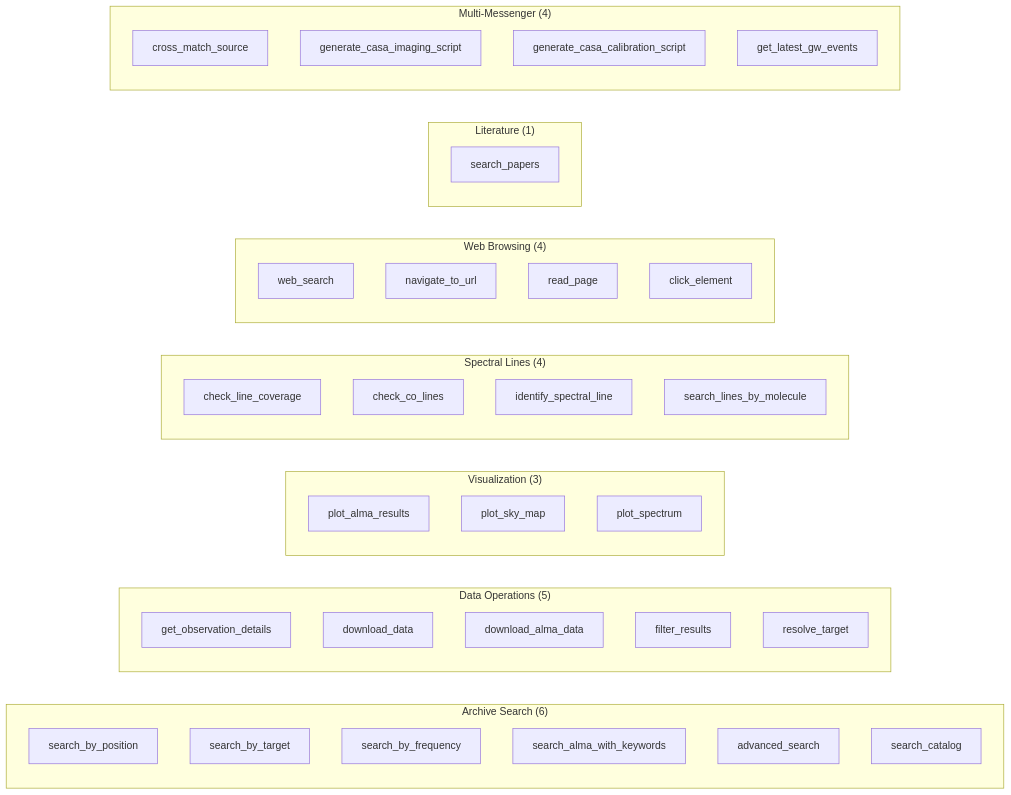
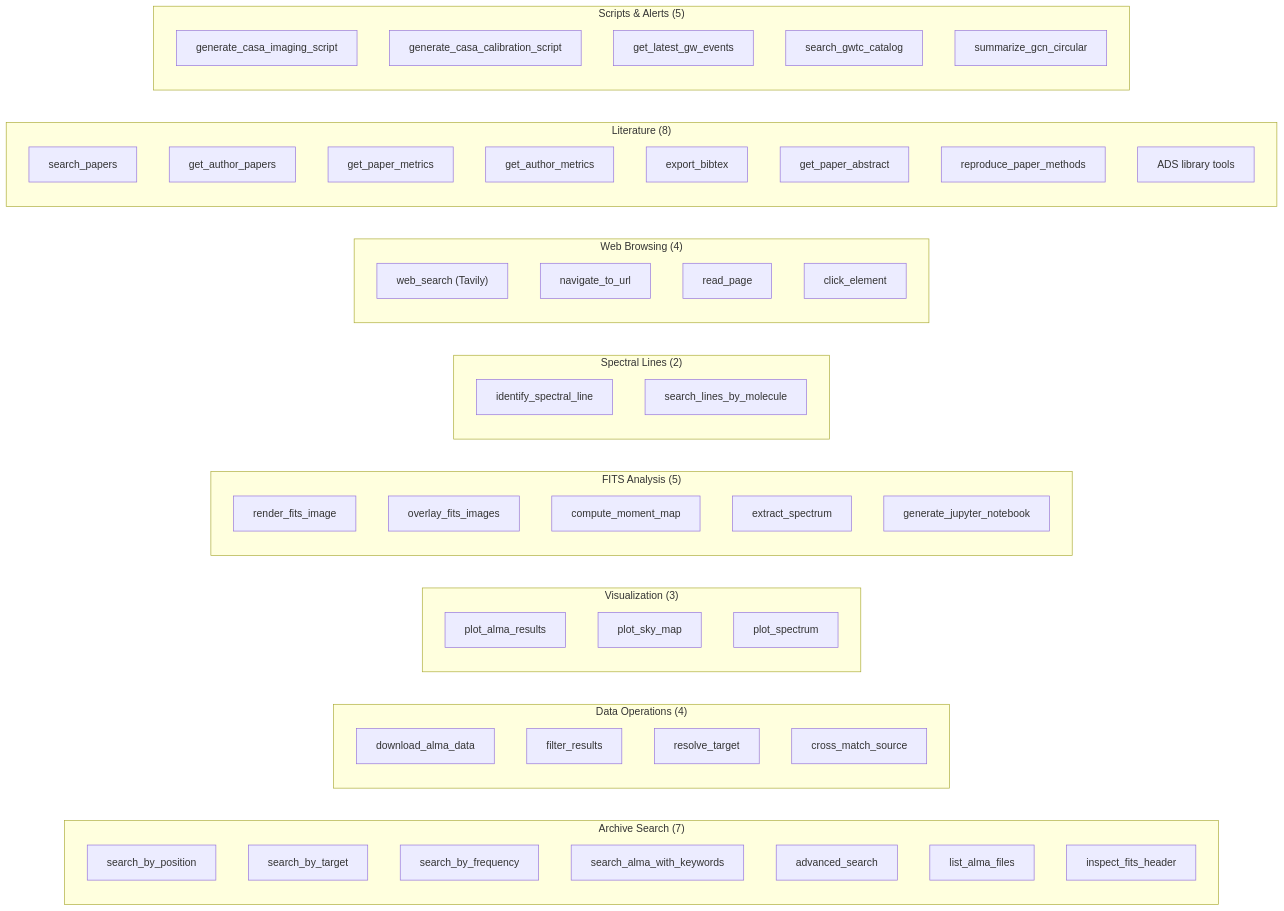
The seventh of 10 diagrams in ARCHITECTURE.md (adamzacharia/Quasar), drawn with Mermaid before and after one commit. The commit also changed other lines of this file and 6 other files, not shown here.

Commit message:
feat: upgrade to Quasar v4.0 with multi-agent architecture, FastAPI backend, and multi-provider LLM support

````diff
--- a/ARCHITECTURE.md
+++ b/ARCHITECTURE.md
@@ -287,50 +461,64 @@
 ```mermaid
 graph LR
-    subgraph Archive["Archive Search (6)"]
+    subgraph Archive["Archive Search (7)"]
         T1["search_by_position"]
         T2["search_by_target"]
         T3["search_by_frequency"]
         T4["search_alma_with_keywords"]
         T5["advanced_search"]
-        T6["search_catalog"]
+        T6["list_alma_files"]
+        T7["inspect_fits_header"]
     end
 
-    subgraph Data["Data Operations (5)"]
-        T7["get_observation_details"]
-        T8["download_data"]
-        T9["download_alma_data"]
-        T10["filter_results"]
-        T11["resolve_target"]
+    subgraph Data["Data Operations (4)"]
+        T8["download_alma_data"]
+        T9["filter_results"]
+        T10["resolve_target"]
+        T11["cross_match_source"]
     end
 
     subgraph Viz["Visualization (3)"]
         T12["plot_alma_results"]
         T13["plot_sky_map"]
         T14["plot_spectrum"]
     end
 
-    subgraph Lines["Spectral Lines (4)"]
-        T15["check_line_coverage"]
-        T16["check_co_lines"]
-        T17["identify_spectral_line"]
-        T18["search_lines_by_molecule"]
+    subgraph FITS_Tools["FITS Analysis (5)"]
+        T15["render_fits_image"]
+        T16["overlay_fits_images"]
+        T17["compute_moment_map"]
+        T18["extract_spectrum"]
+        T19["generate_jupyter_notebook"]
+    end
+
+    subgraph Lines["Spectral Lines (2)"]
+        T20["identify_spectral_line"]
+        T21["search_lines_by_molecule"]
     end
 
     subgraph Browse["Web Browsing (4)"]
-        T19["web_search"]
-        T20["navigate_to_url"]
-        T21["read_page"]
-        T22["click_element"]
+        T22["web_search (Tavily)"]
+        T23["navigate_to_url"]
+        T24["read_page"]
+        T25["click_element"]
     end
 
-    subgraph Papers["Literature (1)"]
-        T23["search_papers"]
+    subgraph Papers["Literature (8)"]
+        T26["search_papers"]
+        T27["get_author_papers"]
+        T28["get_paper_metrics"]
+        T29["get_author_metrics"]
+        T30["export_bibtex"]
+        T31["get_paper_abstract"]
+        T32["reproduce_paper_methods"]
+        T33["ADS library tools"]
     end
 
-    subgraph Multi["Multi-Messenger (4)"]
-        T24["cross_match_source"]
-        T25["generate_casa_imaging_script"]
-        T26["generate_casa_calibration_script"]
-        T27["get_latest_gw_events"]
+    subgraph Multi["Scripts & Alerts (5)"]
+        T34["generate_casa_imaging_script"]
+        T35["generate_casa_calibration_script"]
+        T36["get_latest_gw_events"]
+        T37["search_gwtc_catalog"]
+        T38["summarize_gcn_circular"]
     end
 ```
````
